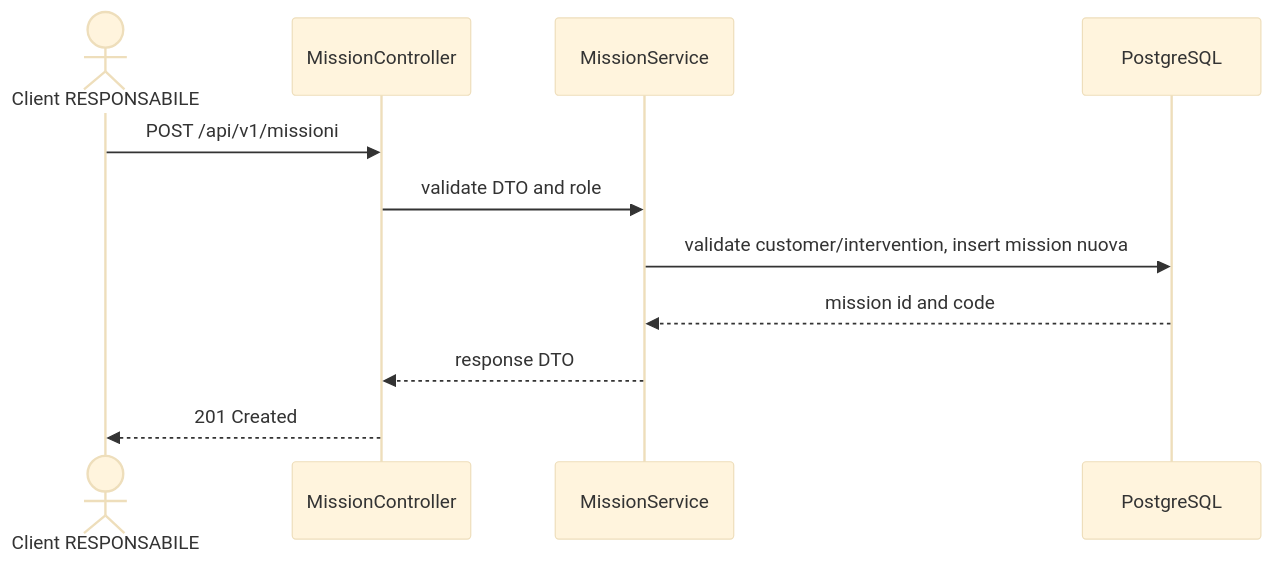
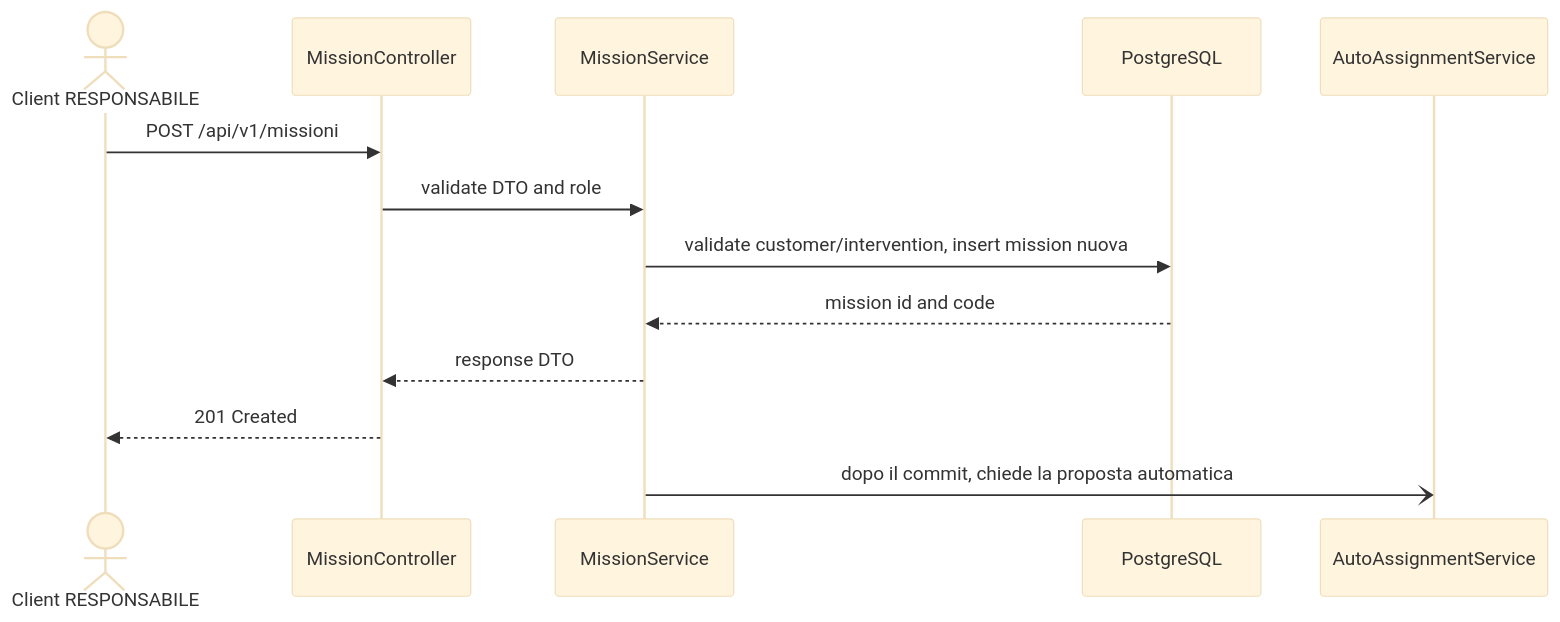
The diagram in docs/diagrams/mission_create_sequence.mmd (coluccimarco/fornitori-soccorso), drawn with Mermaid (base theme) before and after one commit. The commit also changed 54 other files, not shown here.

```diff
--- a/docs/diagrams/mission_create_sequence.mmd
+++ b/docs/diagrams/mission_create_sequence.mmd
@@ -1,12 +1,14 @@
-%% Implemented backend mission creation; UI caller is not present.
+%% Creazione dalla centrale; dal bot vedi chat_notifications_sequence.mmd.
 sequenceDiagram
     actor Centrale as Client RESPONSABILE
     participant API as MissionController
     participant Service as MissionService
     participant DB as PostgreSQL
+    participant Auto as AutoAssignmentService
     Centrale->>API: POST /api/v1/missioni
     API->>Service: validate DTO and role
     Service->>DB: validate customer/intervention, insert mission nuova
     DB-->>Service: mission id and code
     Service-->>API: response DTO
     API-->>Centrale: 201 Created
+    Service-)Auto: dopo il commit, chiede la proposta automatica
```
